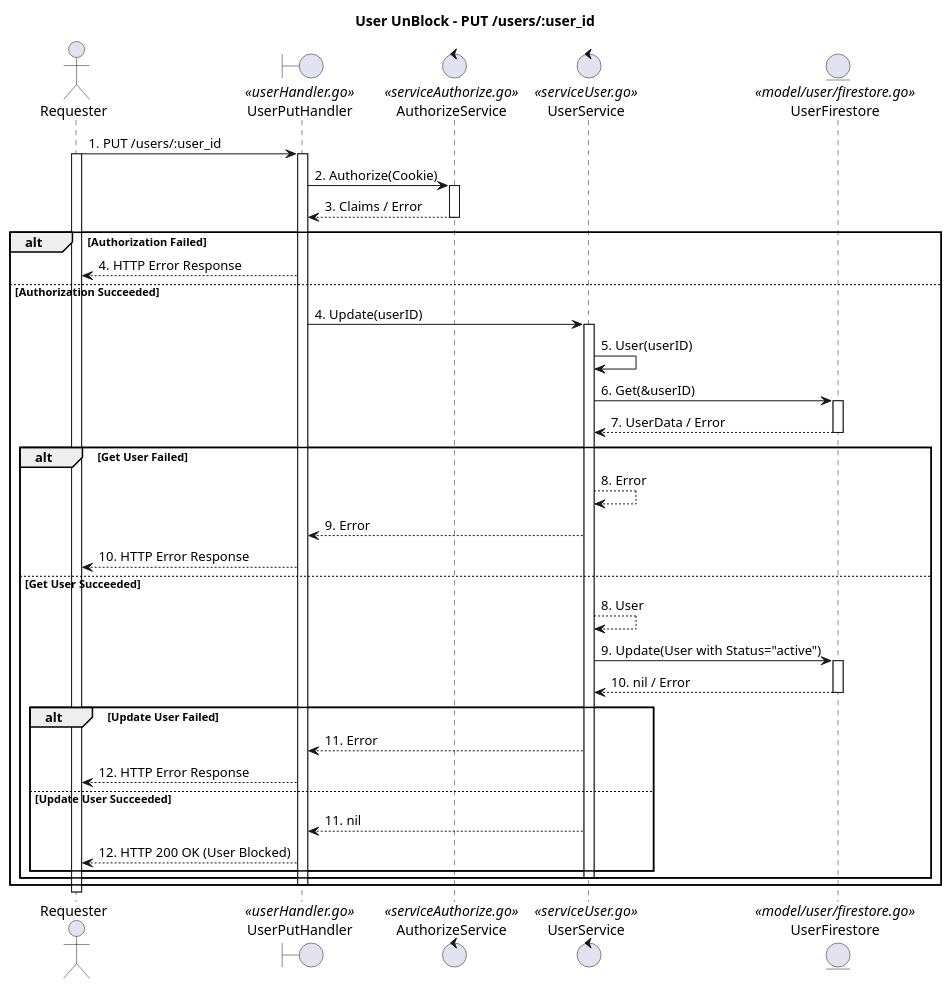
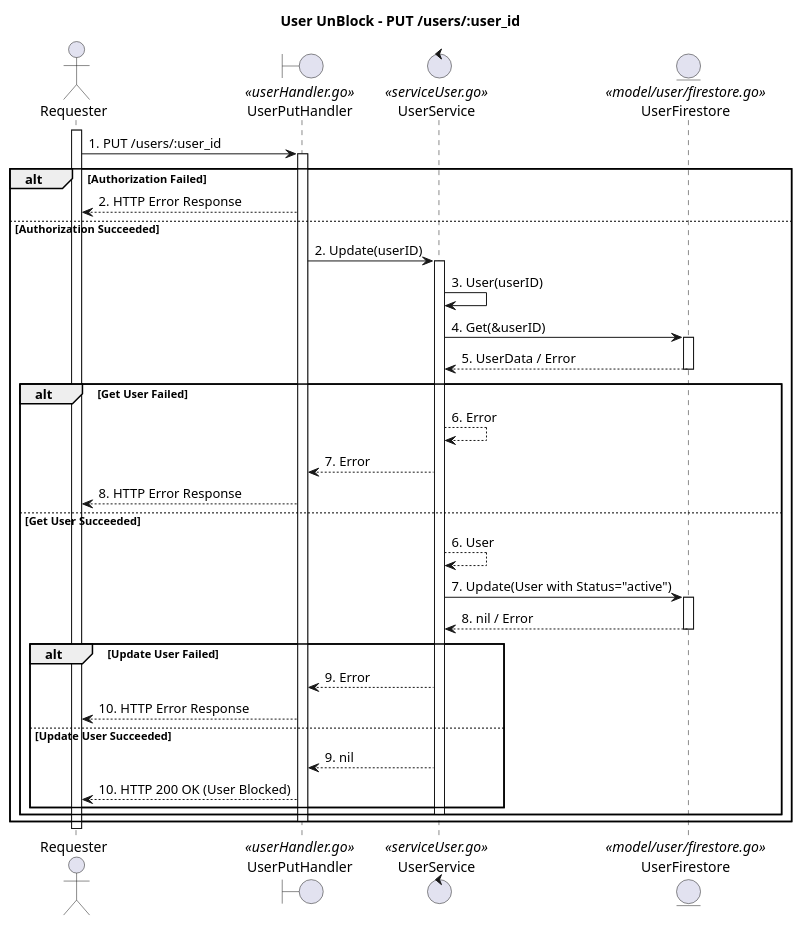
One commit to JulioKobayashiEbury/BankingAPI changed the diagram in docs/Un(Block)/SequenciaUserUnblock.puml. Above: the diagram before and after it, drawn with PlantUML. The commit also changed 44 other files, not shown here.

```diff
--- a/docs/Un(Block)/SequenciaUserUnblock.puml
+++ b/docs/Un(Block)/SequenciaUserUnblock.puml
@@ -1,50 +1,47 @@
 @startuml
 title User UnBlock - PUT /users/:user_id
 
 actor Requester
 boundary UserPutHandler <<userHandler.go>>
-control AuthorizeService <<serviceAuthorize.go>>
 control UserService <<serviceUser.go>>
 entity UserFirestore <<model/user/firestore.go>>
 
+activate Requester
 Requester -> UserPutHandler : 1. PUT /users/:user_id
-activate Requester
+
 activate UserPutHandler
-UserPutHandler -> AuthorizeService : 2. Authorize(Cookie)
-activate AuthorizeService
-AuthorizeService --> UserPutHandler : 3. Claims / Error
-deactivate AuthorizeService
+
 alt Authorization Failed
-    UserPutHandler --> Requester : 4. HTTP Error Response
+    UserPutHandler --> Requester : 2. HTTP Error Response
 else Authorization Succeeded
-    UserPutHandler -> UserService : 4. Update(userID)
+    UserPutHandler -> UserService : 2. Update(userID)
     activate UserService
-    UserService -> UserService : 5. User(userID)
-    UserService -> UserFirestore : 6. Get(&userID)
+    UserService -> UserService : 3. User(userID)
+    UserService -> UserFirestore : 4. Get(&userID)
     activate UserFirestore
-    UserFirestore --> UserService : 7. UserData / Error
+    UserFirestore --> UserService : 5. UserData / Error
     deactivate UserFirestore
     alt Get User Failed
-        UserService --> UserService : 8. Error
-        UserService --> UserPutHandler : 9. Error
-        UserPutHandler --> Requester : 10. HTTP Error Response
+        UserService --> UserService : 6. Error
+        UserService --> UserPutHandler : 7. Error
+        UserPutHandler --> Requester : 8. HTTP Error Response
     else Get User Succeeded
-        UserService --> UserService : 8. User
-        UserService -> UserFirestore : 9. Update(User with Status="active")
+        UserService --> UserService : 6. User
+        UserService -> UserFirestore : 7. Update(User with Status="active")
         activate UserFirestore
-        UserFirestore --> UserService : 10. nil / Error
+        UserFirestore --> UserService : 8. nil / Error
         deactivate UserFirestore
         alt Update User Failed
-            UserService --> UserPutHandler : 11. Error
-            UserPutHandler --> Requester : 12. HTTP Error Response
+            UserService --> UserPutHandler : 9. Error
+            UserPutHandler --> Requester : 10. HTTP Error Response
         else Update User Succeeded
-            UserService --> UserPutHandler : 11. nil
-            UserPutHandler --> Requester : 12. HTTP 200 OK (User Blocked)
+            UserService --> UserPutHandler : 9. nil
+            UserPutHandler --> Requester : 10. HTTP 200 OK (User Blocked)
         end
         deactivate UserService
     end
     deactivate UserPutHandler
 end
 deactivate Requester
 
 @enduml
```
